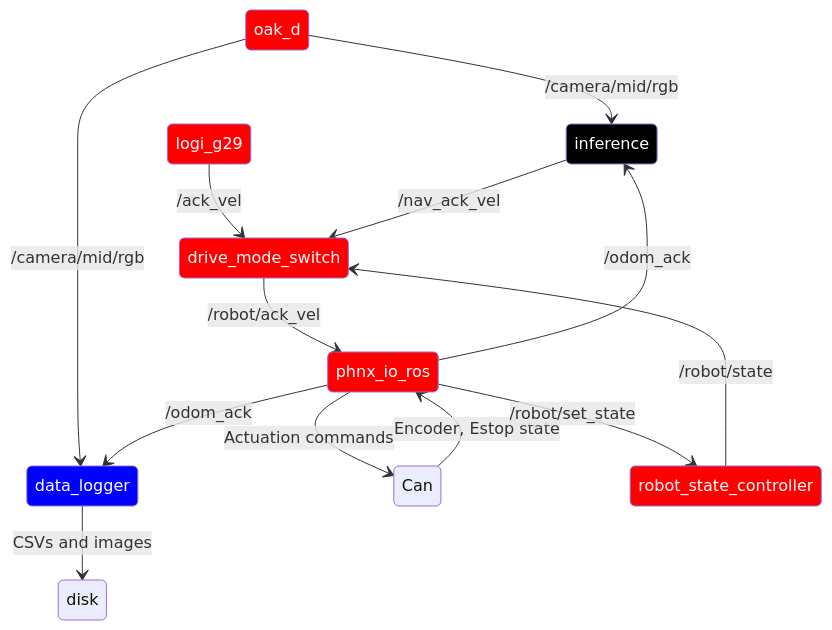
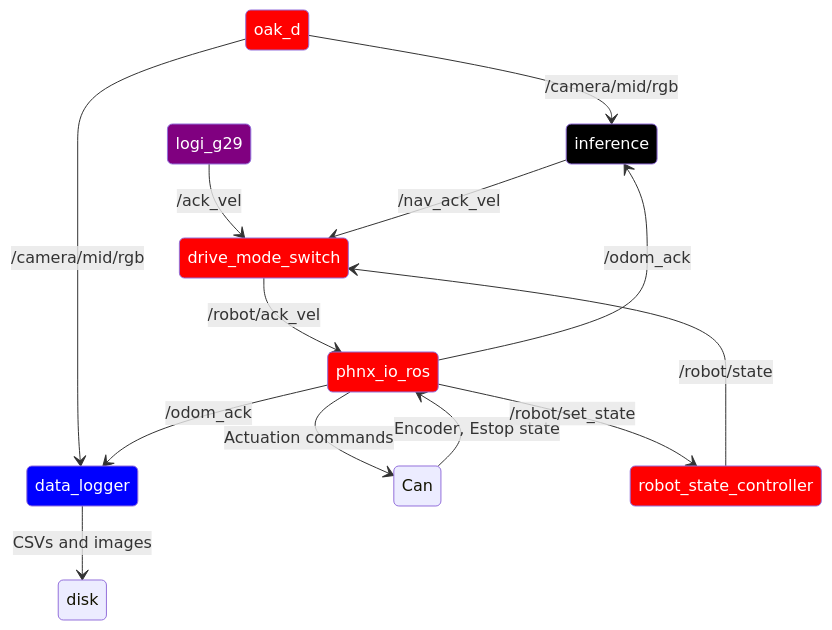
Before and after one commit to ISC-Project-Phoenix/design: the diagram in software/ros/phoenix_robot.md, drawn with Mermaid. The commit also changed other lines of this file and 11 other files, not shown here.

````diff
--- a/software/ros/phoenix_robot.md
+++ b/software/ros/phoenix_robot.md
@@ -19,28 +24,29 @@
 ```mermaid
 stateDiagram-v2
     classDef common color:white,fill:red
     classDef data color:white,fill:blue
     classDef prod color:white,fill:black
+    classDef util color:white,fill:purple
 
     %% Hardware interfaces
     oak_d:::common --> data_logger:::data: /camera/mid/rgb
     Can --> phnx_io_ros:::common: Encoder, Estop state
     phnx_io_ros:::common --> Can: Actuation commands
     
     %% command controllers
     drive_mode_switch:::common --> phnx_io_ros:::common: /robot/ack_vel
-    logi_g29:::common --> drive_mode_switch:::common: /ack_vel
+    logi_g29:::util --> drive_mode_switch:::common: /ack_vel
     
     %% state control
     phnx_io_ros:::common --> robot_state_controller:::common: /robot/set_state
     robot_state_controller:::common --> drive_mode_switch:::common: /robot/state
 
     %% logging
     phnx_io_ros:::common --> data_logger:::data: /odom_ack
     data_logger:::data --> disk: CSVs and images
 
     %% NN
     inference:::prod --> drive_mode_switch:::common: /nav_ack_vel
     oak_d:::common --> inference:::prod: /camera/mid/rgb
     phnx_io_ros:::common --> inference:::prod: /odom_ack
 ```
````
